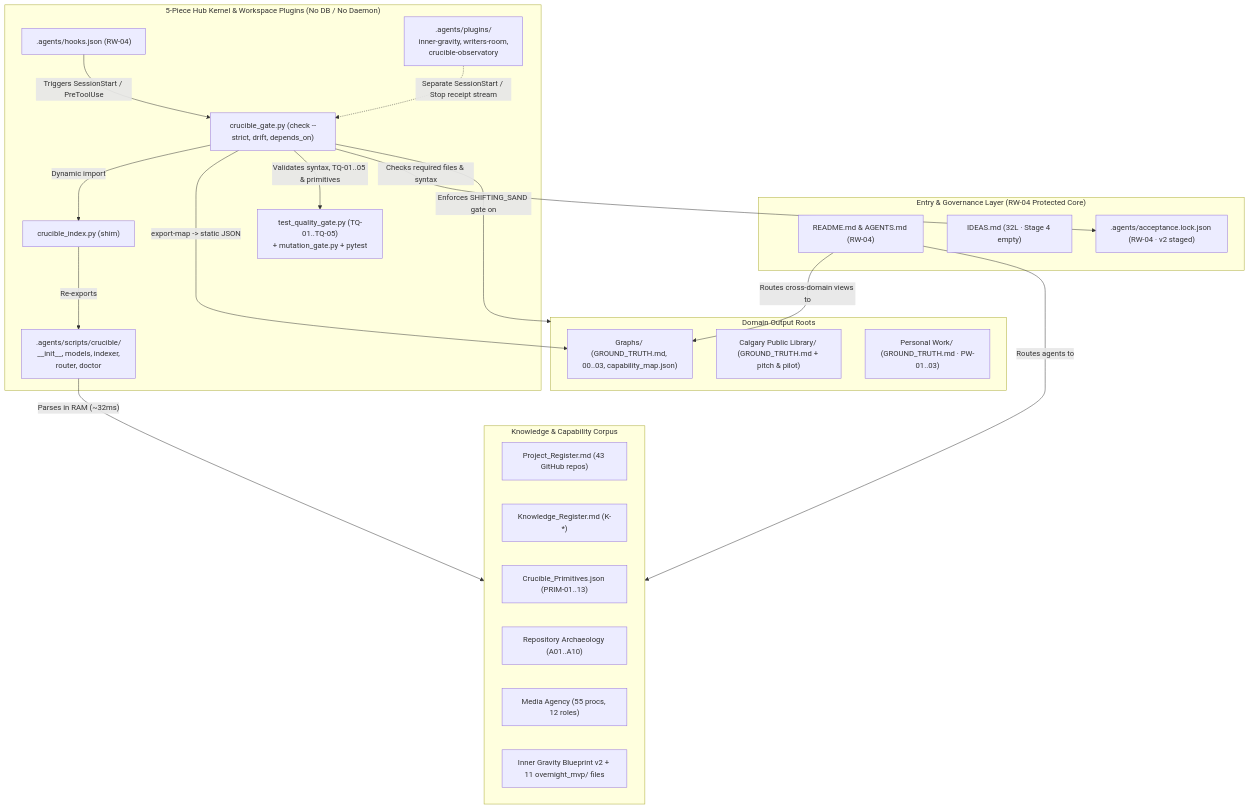
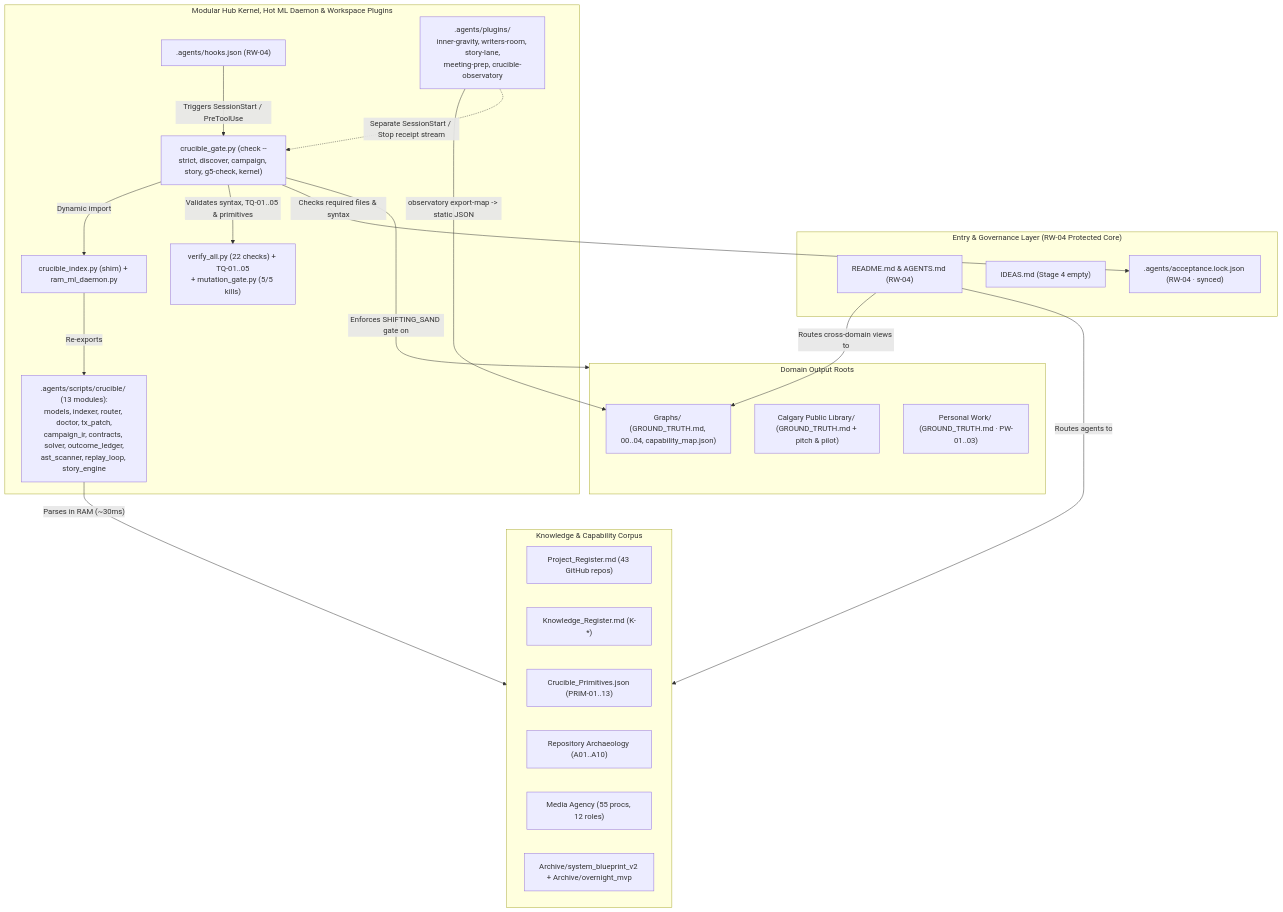
Before and after one commit to guarani-ux/Crucible-Domain: the diagram in Graphs/00_System_Atlas_and_Neon_Handoff.md, drawn with Mermaid. The commit also changed other lines of this file and 18 other files, not shown here.

Commit message:
chore(clean-sweep): unify Turn-0 surface, canonical docs, Graphs 00-04, and portable capability_map

````diff
--- a/Graphs/00_System_Atlas_and_Neon_Handoff.md
+++ b/Graphs/00_System_Atlas_and_Neon_Handoff.md
@@ -37,44 +37,44 @@
 ```mermaid
 flowchart TD
     subgraph ENTRY["Entry & Governance Layer (RW-04 Protected Core)"]
         README["README.md & AGENTS.md (RW-04)"]
-        IDEAS["IDEAS.md (32L · Stage 4 empty)"]
-        LOCK[".agents/acceptance.lock.json (RW-04 · v2 staged)"]
+        IDEAS["IDEAS.md (Stage 4 empty)"]
+        LOCK[".agents/acceptance.lock.json (RW-04 · synced)"]
     end
 
     subgraph KNOWLEDGE["Knowledge & Capability Corpus"]
         PROJ["Project_Register.md (43 GitHub repos)"]
         KNOW["Knowledge_Register.md (K-*)"]
         PRIM["Crucible_Primitives.json (PRIM-01..13)"]
         ARCH["Repository Archaeology (A01..A10)"]
         MEDIA["Media Agency (55 procs, 12 roles)"]
-        BLUE["Inner Gravity Blueprint v2 + 11 overnight_mvp/ files"]
+        BLUE["Archive/system_blueprint_v2 + Archive/overnight_mvp"]
     end
 
-    subgraph RUNTIME["5-Piece Hub Kernel & Workspace Plugins (No DB / No Daemon)"]
+    subgraph RUNTIME["Modular Hub Kernel, Hot ML Daemon & Workspace Plugins"]
         HOOKS[".agents/hooks.json (RW-04)"]
-        GATE["crucible_gate.py (check --strict, drift, depends_on)"]
-        SHIM["crucible_index.py (shim)"]
-        PKG[".agents/scripts/crucible/\n__init__, models, indexer,\nrouter, doctor"]
-        TQ["test_quality_gate.py (TQ-01..TQ-05)\n+ mutation_gate.py + pytest"]
-        IG_PLUG[".agents/plugins/\ninner-gravity, writers-room,\ncrucible-observatory"]
+        GATE["crucible_gate.py (check --strict, discover, campaign, story, g5-check, kernel)"]
+        SHIM["crucible_index.py (shim) + ram_ml_daemon.py"]
+        PKG[".agents/scripts/crucible/ (13 modules):\nmodels, indexer, router, doctor, tx_patch,\ncampaign_ir, contracts, solver, outcome_ledger,\nast_scanner, replay_loop, story_engine"]
+        TQ["verify_all.py (22 checks) + TQ-01..05\n+ mutation_gate.py (5/5 kills)"]
+        IG_PLUG[".agents/plugins/\ninner-gravity, writers-room, story-lane,\nmeeting-prep, crucible-observatory"]
     end
 
     subgraph OUTPUTS["Domain Output Roots"]
-        GRAPHS["Graphs/ (GROUND_TRUTH.md, 00..03, capability_map.json)"]
+        GRAPHS["Graphs/ (GROUND_TRUTH.md, 00..04, capability_map.json)"]
         CPL["Calgary Public Library/ (GROUND_TRUTH.md + pitch & pilot)"]
         PERS["Personal Work/ (GROUND_TRUTH.md · PW-01..03)"]
     end
 
     HOOKS -->|"Triggers SessionStart / PreToolUse"| GATE
     GATE -->|"Dynamic import"| SHIM
     SHIM -->|"Re-exports"| PKG
-    PKG -->|"Parses in RAM (~32ms)"| KNOWLEDGE
-    GATE -->|"export-map -> static JSON"| GRAPHS
+    PKG -->|"Parses in RAM (~30ms)"| KNOWLEDGE
+    IG_PLUG -->|"observatory export-map -> static JSON"| GRAPHS
     GATE -->|"Enforces SHIFTING_SAND gate on"| OUTPUTS
     GATE -->|"Validates syntax, TQ-01..05 & primitives"| TQ
     GATE -->|"Checks required files & syntax"| LOCK
     README -->|"Routes agents to"| KNOWLEDGE
     README -->|"Routes cross-domain views to"| GRAPHS
     IG_PLUG -.->|"Separate SessionStart / Stop receipt stream"| GATE
 ```
````
